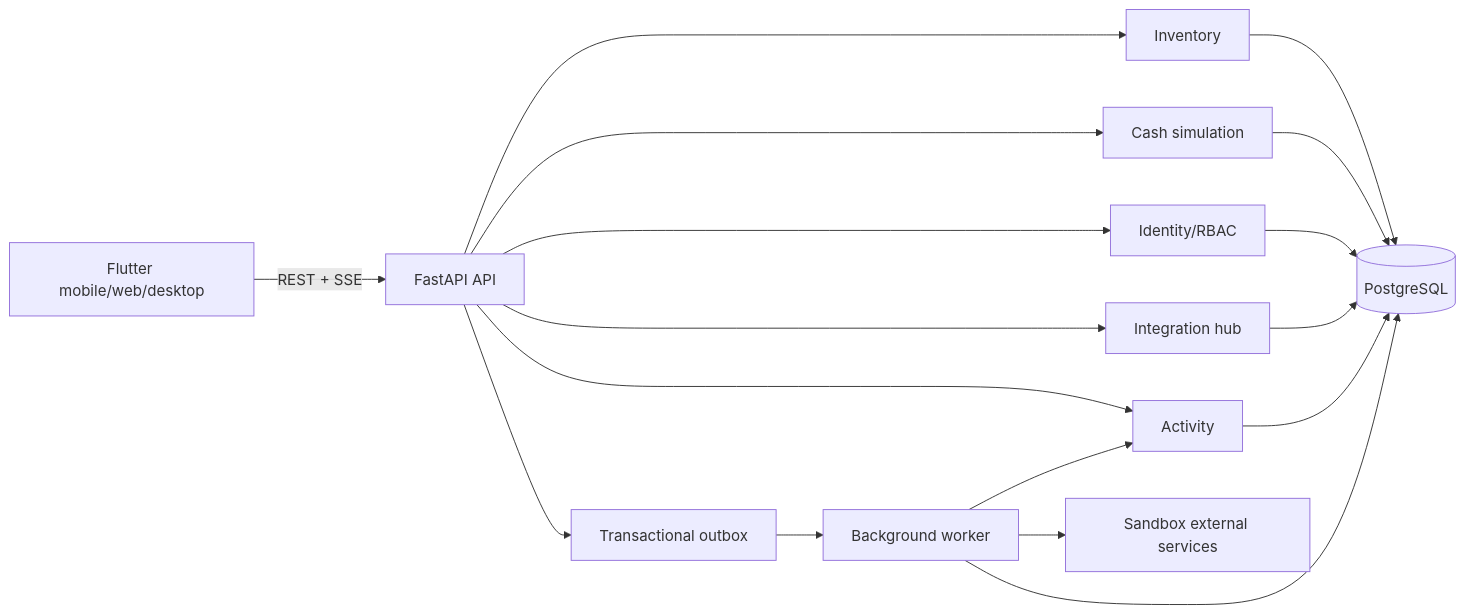
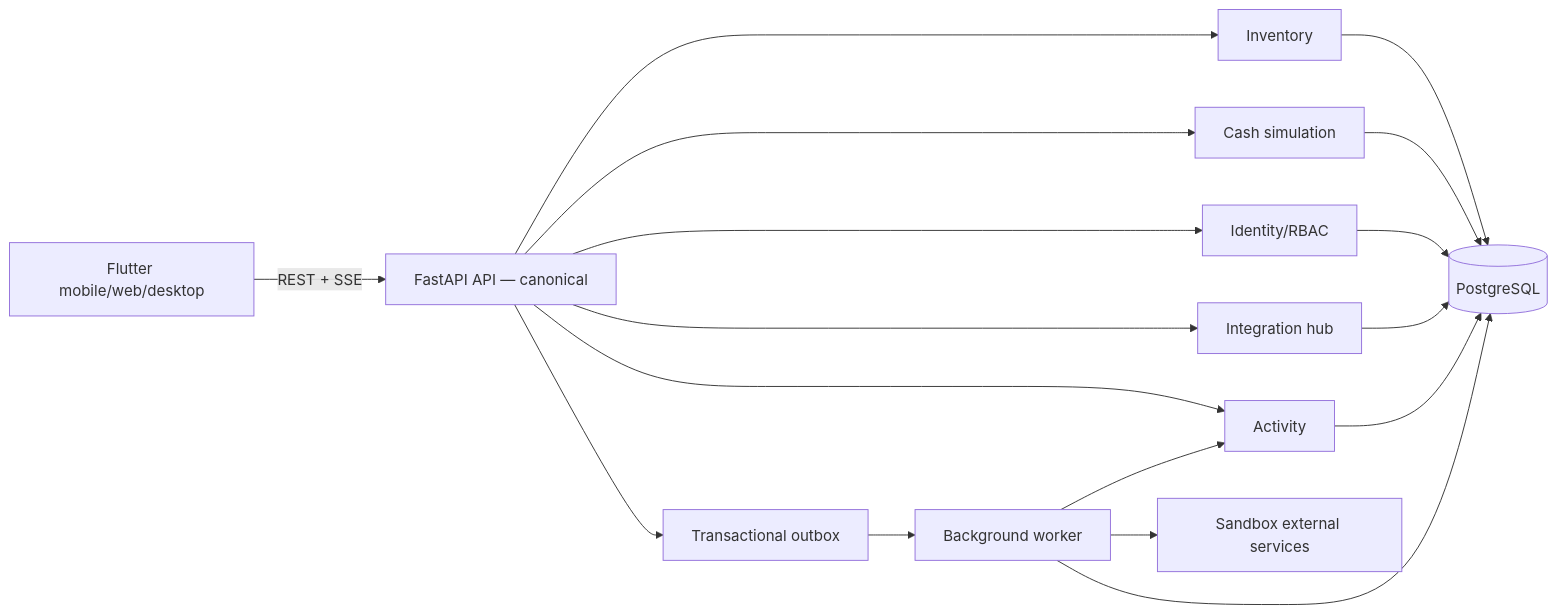
One commit to imtarget05/BankOps changed the first of 2 diagrams in docs/03-architecture.md. Above: the diagram before and after it, drawn with Mermaid. The commit also changed other lines of this file and 106 other files, not shown here.

````diff
--- a/docs/03-architecture.md
+++ b/docs/03-architecture.md
@@ -5,19 +19,19 @@
 ```mermaid
 flowchart LR
-  F[Flutter mobile/web/desktop] -->|REST + SSE| API[FastAPI API]
+  F[Flutter mobile/web/desktop] -->|REST + SSE| API[FastAPI API — canonical]
   API --> IAM[Identity/RBAC]
   API --> INV[Inventory]
   API --> CASH[Cash simulation]
   API --> INT[Integration hub]
   API --> ACT[Activity]
   INV --> DB[(PostgreSQL)]
   CASH --> DB
   IAM --> DB
   INT --> DB
   ACT --> DB
   API --> OUT[Transactional outbox]
   OUT --> W[Background worker]
   W --> DB
   W --> EXT[Sandbox external services]
   W --> ACT
 ```
````
